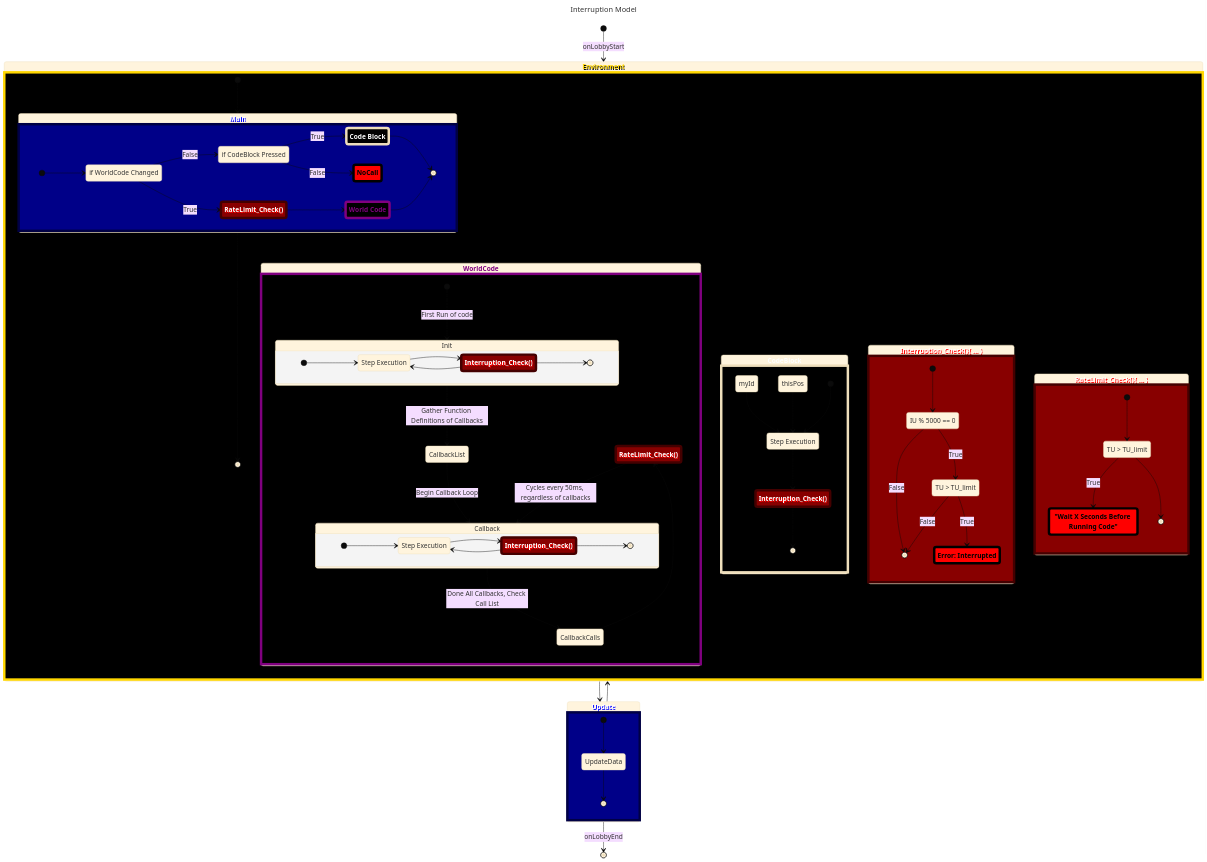
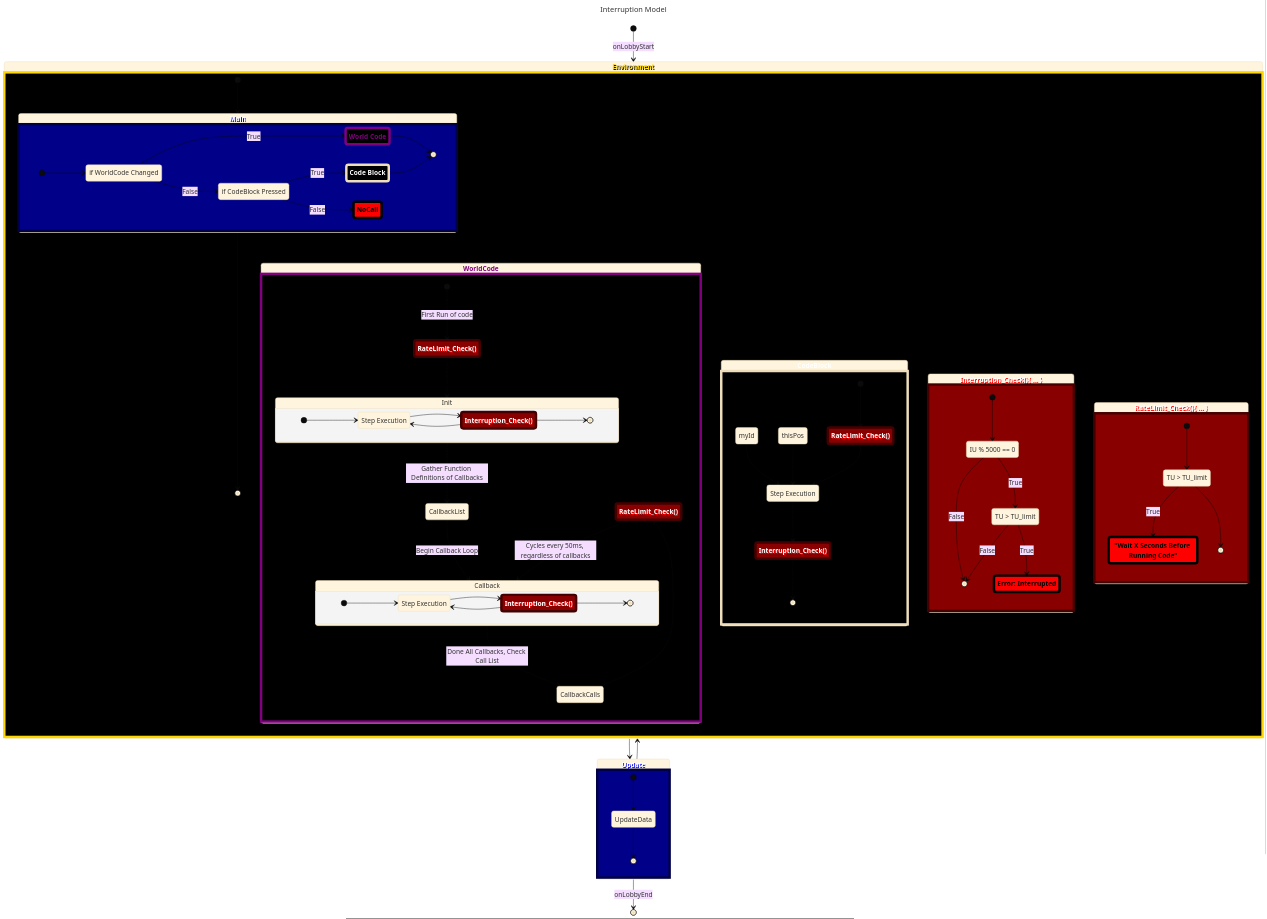
Before and after one commit to GlitchHunterCoder/GlitchHunterCoder: the second of 2 diagrams in README.md, drawn with Mermaid (base theme).

```diff
--- a/README.md
+++ b/README.md
@@ -51,7 +51,7 @@
   class WorldCode, WC WorldCodeStyle
   class CodeBlock, CB CodeBlockStyle
   class Activate, Update, Start, End BloxdLoadStyle
-  class RateLimit, Interruption, Int_CB, Int_C, Int_I, Rate_WC, Rate_C ErrorStyle
+  class RateLimit, Interruption, Int_CB, Int_C, Int_I, Rate_C, Rate_I, Rate_CB ErrorStyle
   class DontRun, StopCode, NoCall FatalErrorStyle
   class Env EnvStyle
 
@@ -69,14 +69,12 @@
       if_WC_A: if WorldCode Changed
       if_CB_A: if CodeBlock Pressed
       [*] --> if_WC_A
-      if_WC_A --> Rate_WC: True
+      if_WC_A --> WC: True
       if_WC_A --> if_CB_A: False
       if_CB_A --> CB: True
       CB: Code Block
       if_CB_A --> NoCall: False
-      Rate_WC --> WC
       WC: World Code
-      Rate_WC: RateLimit_Check()
       CB --> [*]
       WC --> [*]
     }
@@ -85,7 +83,9 @@
     
     state WorldCode {
       Rate_C: RateLimit_Check()
-      [*] --> Init: First Run of code
+      Rate_I: RateLimit_Check()
+      [*] --> Rate_I: First Run of code
+      Rate_I --> Init
       Init --> CallbackList: Gather Function Definitions of Callbacks
       CallbackList --> Callback: Begin Callback Loop
       Callback --> CallbackCalls: Done All Callbacks, Check Call List
@@ -114,10 +114,12 @@
     }
 
     state CodeBlock {
+      Rate_CB: RateLimit_Check()
       myId --> Step_CB
       thisPos --> Step_CB
       Step_CB: Step Execution
-      [*] --> Step_CB
+      [*] --> Rate_CB
+      Rate_CB --> Step_CB
       Step_CB --> Int_CB
       Int_CB: Interruption_Check()
       Int_CB --> [*]
```
